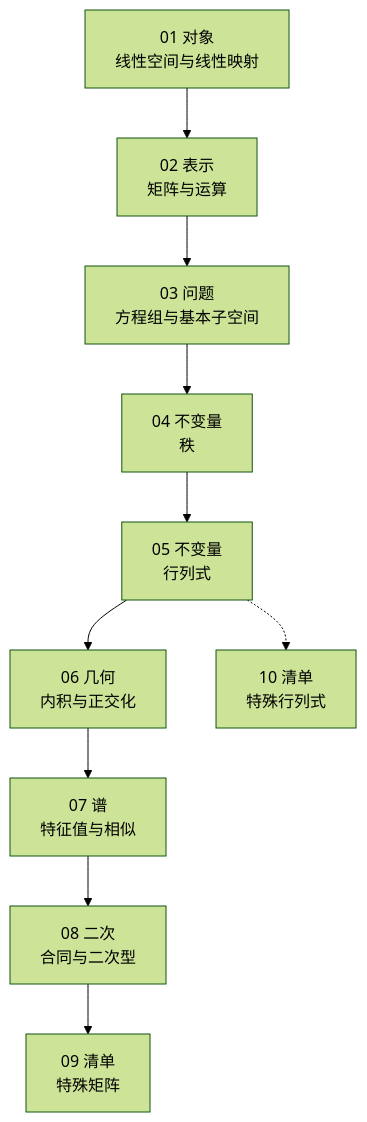
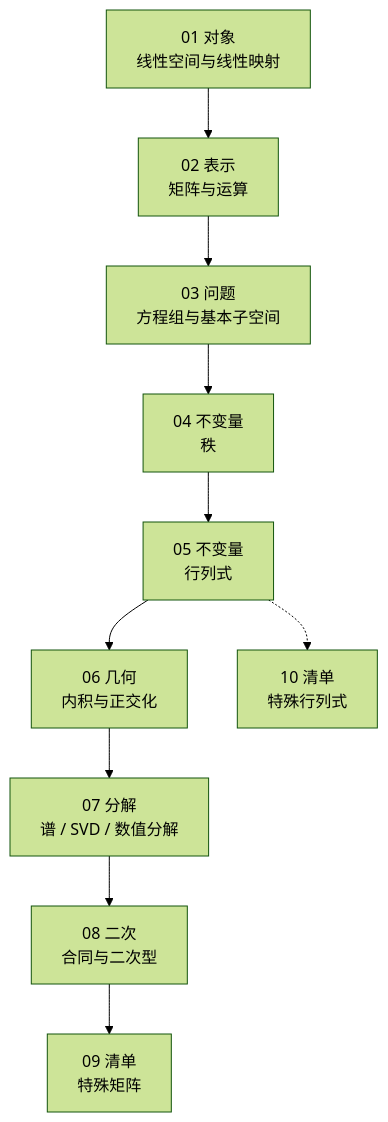
Before and after one commit to Ashington258/Math_Problem: the diagram in Math_Note/代数学/00_总览/线性代数知识主线.md, drawn with Mermaid (forest theme). The commit also changed other lines of this file and 9 other files, not shown here.

````diff
--- a/Math_Note/代数学/00_总览/线性代数知识主线.md
+++ b/Math_Note/代数学/00_总览/线性代数知识主线.md
@@ -26,12 +26,12 @@
 ```mermaid
 flowchart TD
     A["01 对象<br/>线性空间与线性映射"] --> B["02 表示<br/>矩阵与运算"]
     B --> C["03 问题<br/>方程组与基本子空间"]
     C --> D["04 不变量<br/>秩"]
     D --> E["05 不变量<br/>行列式"]
     E --> F["06 几何<br/>内积与正交化"]
-    F --> G["07 谱<br/>特征值与相似"]
+    F --> G["07 分解<br/>谱 / SVD / 数值分解"]
     G --> H["08 二次<br/>合同与二次型"]
     H --> I["09 清单<br/>特殊矩阵"]
     E -.-> J["10 清单<br/>特殊行列式"]
 ```
````
